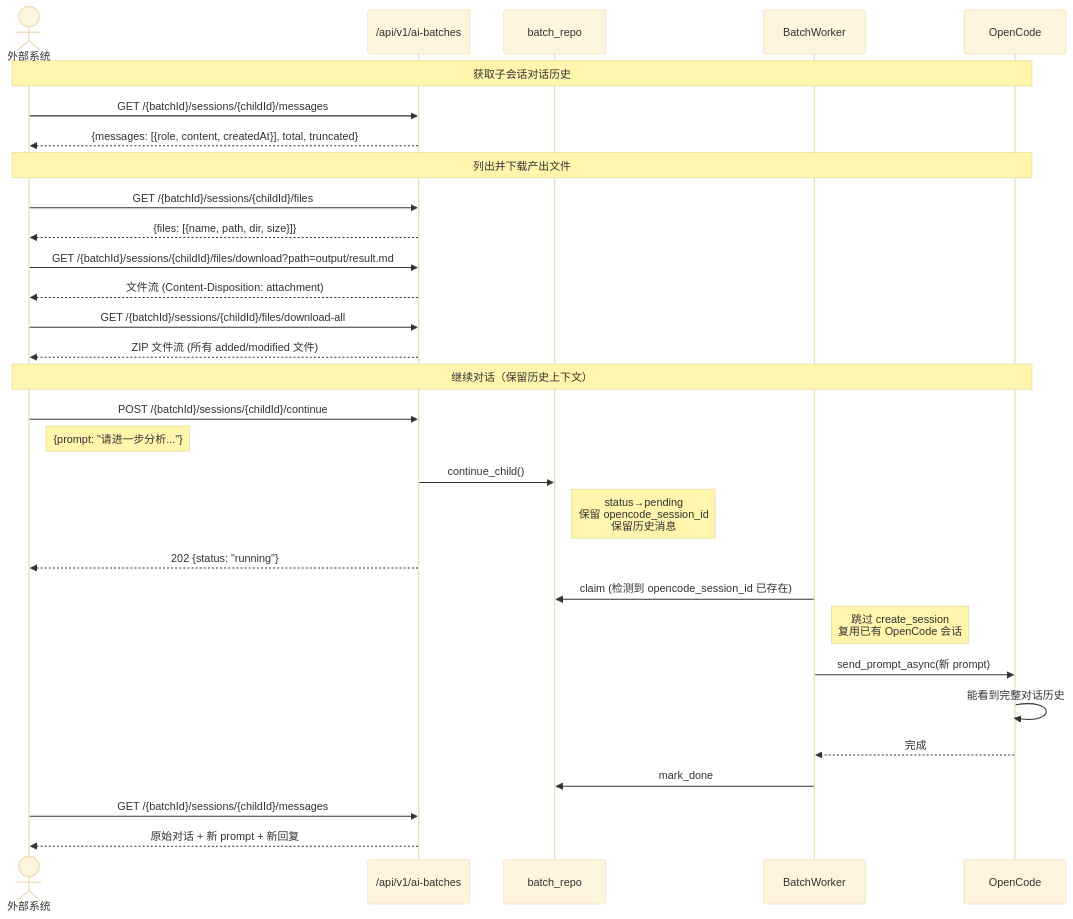
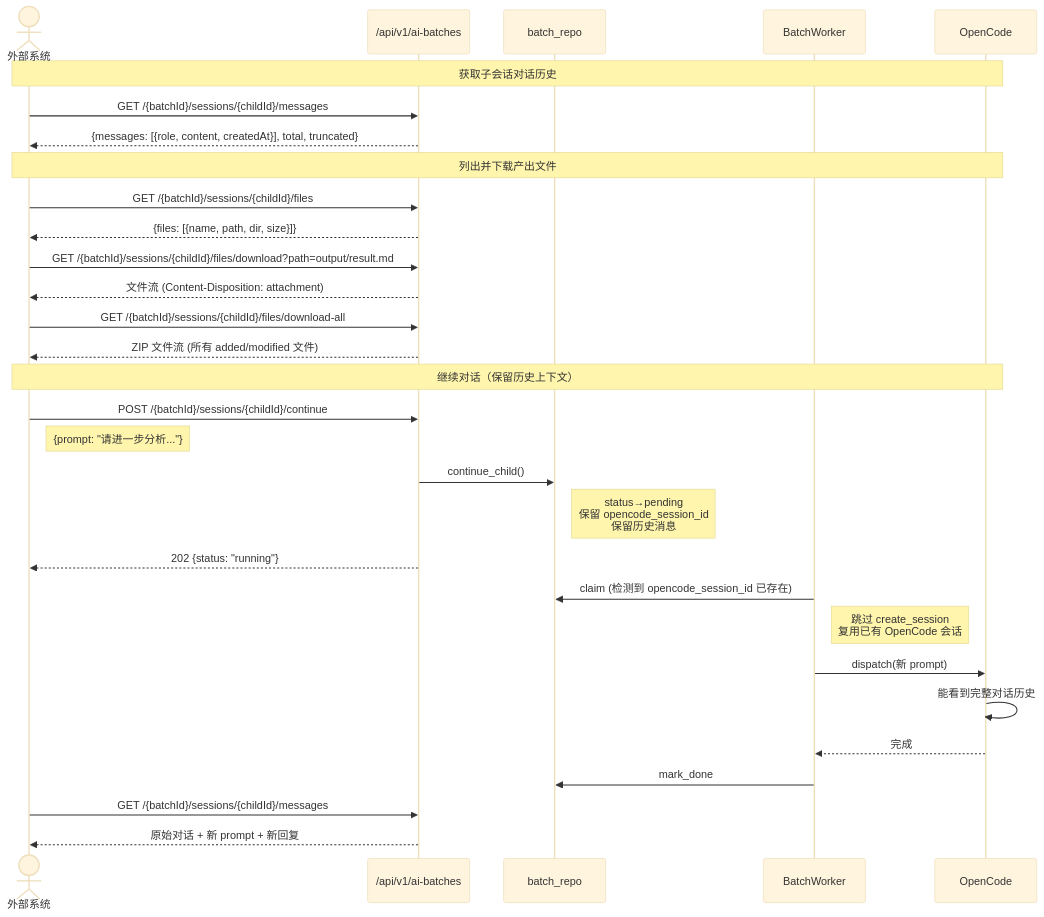
One commit to morningKing/check-manage changed the third of 6 diagrams in docs/user-guide/integration/ai-architecture.md. Above: the diagram before and after it, drawn with Mermaid (base theme). The commit also changed other lines of this file and 12 other files, not shown here.

````diff
--- a/docs/user-guide/integration/ai-architecture.md
+++ b/docs/user-guide/integration/ai-architecture.md
@@ -131,42 +148,42 @@
 ```mermaid
 sequenceDiagram
     actor EXT as 外部系统
     participant API as /api/v1/ai-batches
     participant REPO as batch_repo
     participant WORKER as BatchWorker
     participant OC as OpenCode
 
     Note over EXT,OC: 获取子会话对话历史
 
     EXT->>API: GET /{batchId}/sessions/{childId}/messages
     API-->>EXT: {messages: [{role, content, createdAt}], total, truncated}
 
     Note over EXT,OC: 列出并下载产出文件
 
     EXT->>API: GET /{batchId}/sessions/{childId}/files
     API-->>EXT: {files: [{name, path, dir, size}]}
 
     EXT->>API: GET /{batchId}/sessions/{childId}/files/download?path=output/result.md
     API-->>EXT: 文件流 (Content-Disposition: attachment)
 
     EXT->>API: GET /{batchId}/sessions/{childId}/files/download-all
     API-->>EXT: ZIP 文件流 (所有 added/modified 文件)
 
     Note over EXT,OC: 继续对话（保留历史上下文）
 
     EXT->>API: POST /{batchId}/sessions/{childId}/continue
     Note right of EXT: {prompt: "请进一步分析..."}
     API->>REPO: continue_child()
     Note right of REPO: status→pending<br/>保留 opencode_session_id<br/>保留历史消息
     API-->>EXT: 202 {status: "running"}
 
     WORKER->>REPO: claim (检测到 opencode_session_id 已存在)
     Note right of WORKER: 跳过 create_session<br/>复用已有 OpenCode 会话
-    WORKER->>OC: send_prompt_async(新 prompt)
+    WORKER->>OC: dispatch(新 prompt)
     OC->>OC: 能看到完整对话历史
     OC-->>WORKER: 完成
     WORKER->>REPO: mark_done
 
     EXT->>API: GET /{batchId}/sessions/{childId}/messages
     API-->>EXT: 原始对话 + 新 prompt + 新回复
 ```
````
